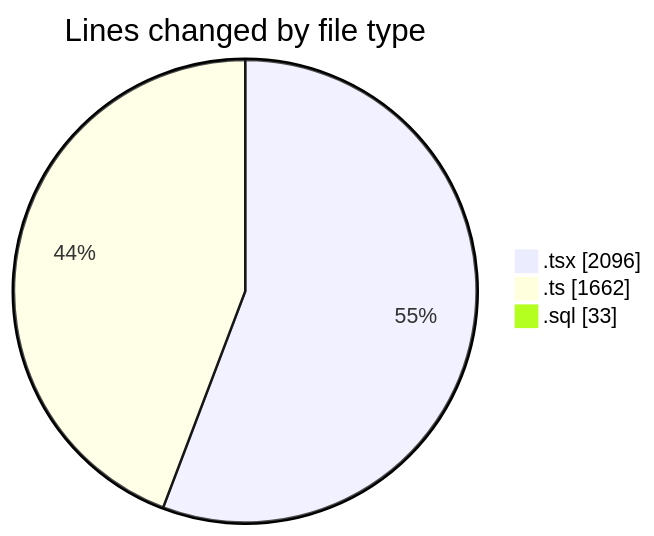
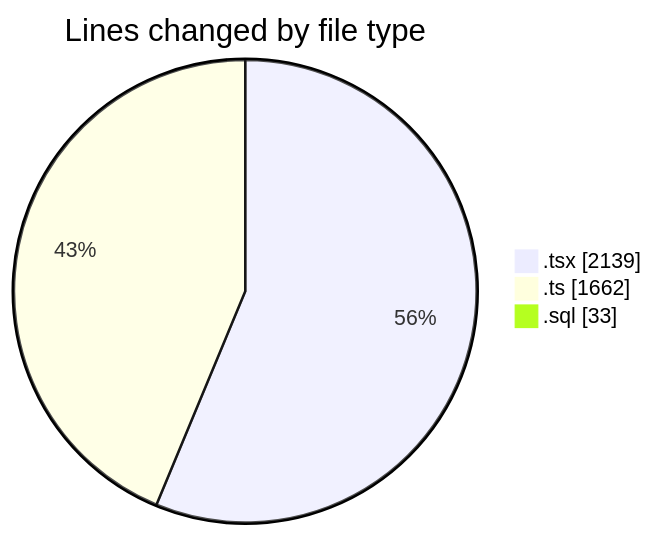
The first of 2 diagrams in 2025-09-05/hiai-phf/README.md (lephambinh05/code-tracking), drawn with Mermaid before and after one commit. The commit also changed other lines of this file and 1 other file, not shown here.

````diff
--- a/2025-09-05/hiai-phf/README.md
+++ b/2025-09-05/hiai-phf/README.md
@@ -54,7 +55,7 @@
 ```mermaid
 pie showData
 title Lines changed by file type
-".tsx" : 2096
+".tsx" : 2139
 ".ts" : 1662
 ".sql" : 33
 ```
````
